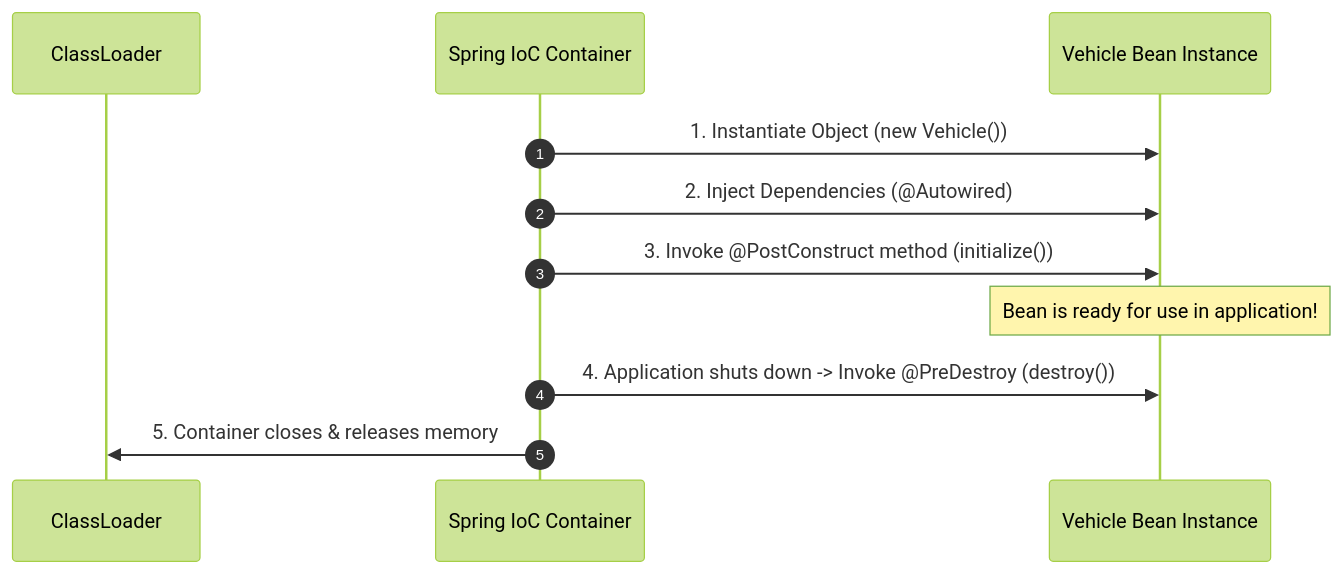
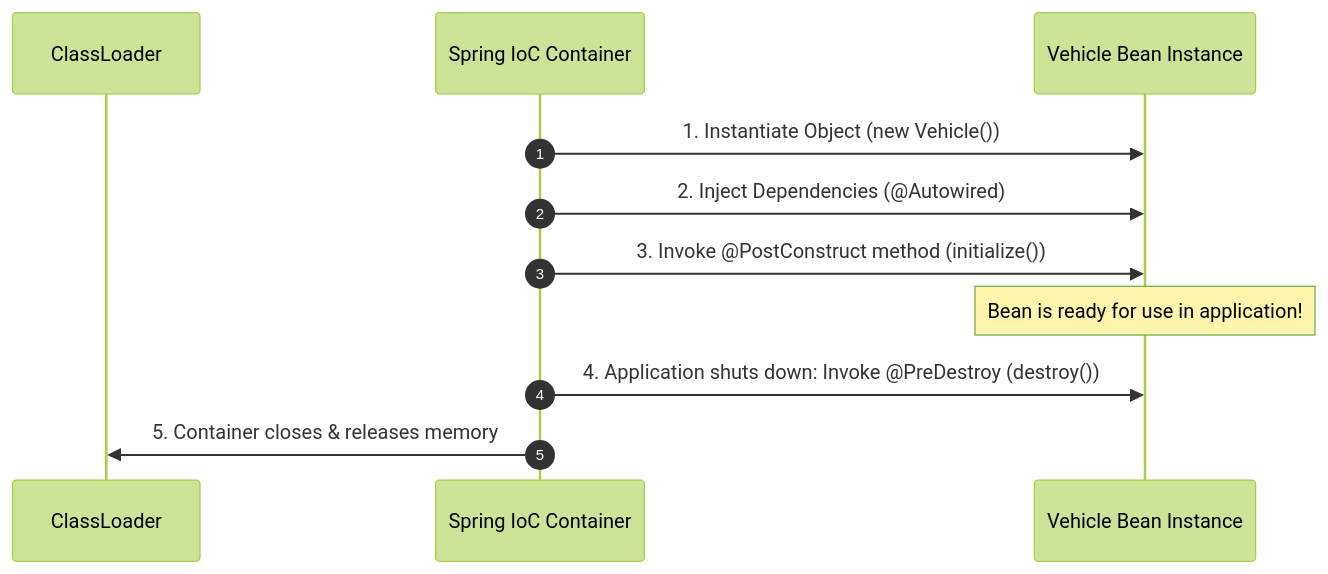
One commit to rohithgowda18/Notes changed the sixth of 13 diagrams in 06-Java-and-Spring-Boot/01-Spring-Framework-and-Core-IoC.md. Above: the diagram before and after it, drawn with Mermaid (forest theme). The commit also changed other lines of this file and 15 other files, not shown here.

Commit message:
docs: audit Mermaid diagrams, optimize side-by-side layouts, and deduplicate DBMS advanced notes

````diff
--- a/06-Java-and-Spring-Boot/01-Spring-Framework-and-Core-IoC.md
+++ b/06-Java-and-Spring-Boot/01-Spring-Framework-and-Core-IoC.md
@@ -270,14 +273,14 @@
 ```mermaid
 sequenceDiagram
     autonumber
     participant JVM as ClassLoader
     participant IoC as Spring IoC Container
     participant Bean as Vehicle Bean Instance
 
     IoC->>Bean: 1. Instantiate Object (new Vehicle())
     IoC->>Bean: 2. Inject Dependencies (@Autowired)
     IoC->>Bean: 3. Invoke @PostConstruct method (initialize())
     Note over Bean: Bean is ready for use in application!
-    IoC->>Bean: 4. Application shuts down -> Invoke @PreDestroy (destroy())
+    IoC->>Bean: 4. Application shuts down: Invoke @PreDestroy (destroy())
     IoC->>JVM: 5. Container closes & releases memory
 ```
````
